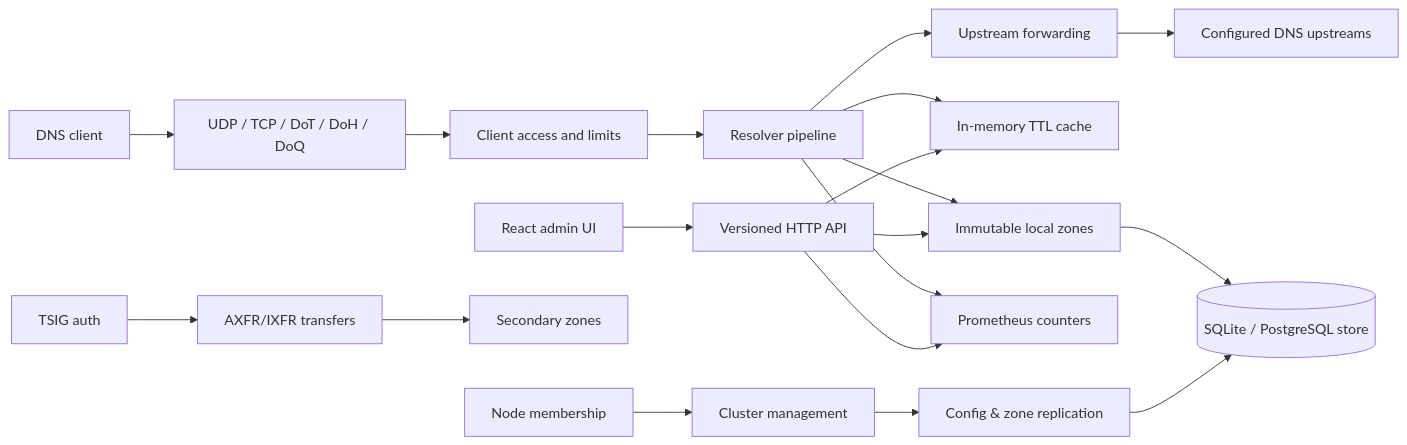
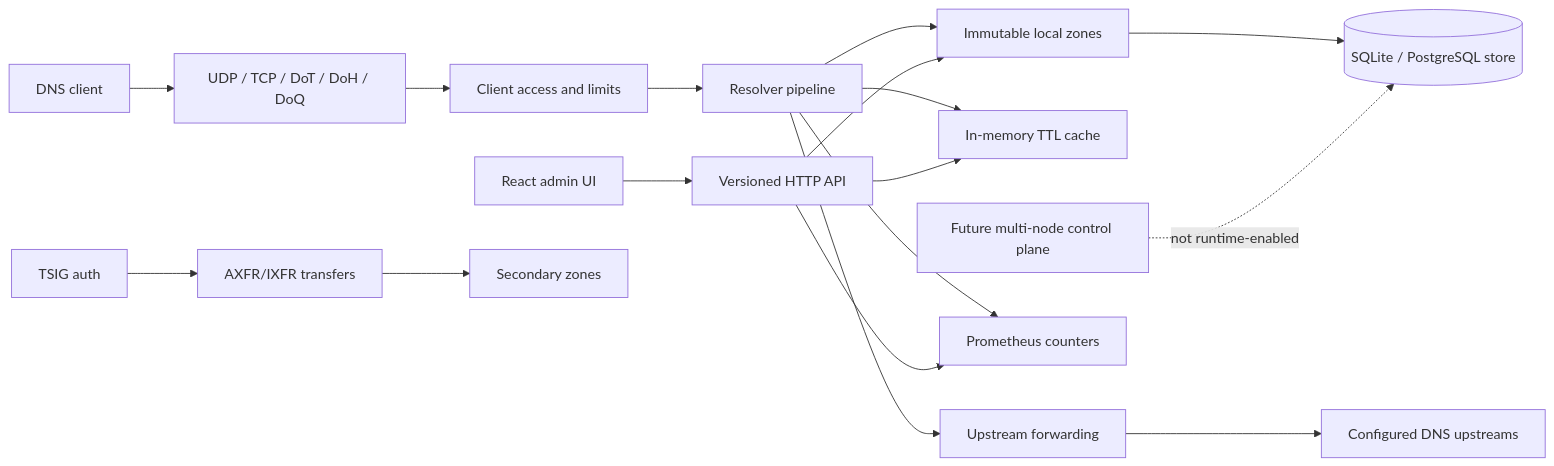
One commit to matta813/velora-dns changed the diagram in README.md. Above: the diagram before and after it, drawn with Mermaid. The commit also changed other lines of this file and 6 other files, not shown here.

````diff
--- a/README.md
+++ b/README.md
@@ -86,21 +83,19 @@
 ```mermaid
 flowchart LR
     Client[DNS client] --> Transport[UDP / TCP / DoT / DoH / DoQ]
     Transport --> ACL[Client access and limits]
     ACL --> Resolver[Resolver pipeline]
     Resolver --> Zones[Immutable local zones]
     Resolver --> Cache[In-memory TTL cache]
     Resolver --> Forwarder[Upstream forwarding]
     Forwarder --> Upstreams[Configured DNS upstreams]
     Resolver --> Metrics[Prometheus counters]
     UI[React admin UI] --> API[Versioned HTTP API]
     API --> Cache
     API --> Metrics
     API --> Zones
     Zones --> DB[(SQLite / PostgreSQL store)]
     TSIG[TSIG auth] --> Transfer[AXFR/IXFR transfers]
     Transfer --> Secondary[Secondary zones]
-    Node[Node membership] --> Cluster[Cluster management]
-    Cluster --> Replication[Config & zone replication]
-    Replication --> DB
+    Future[Future multi-node control plane] -. not runtime-enabled .-> DB
 ```
````
